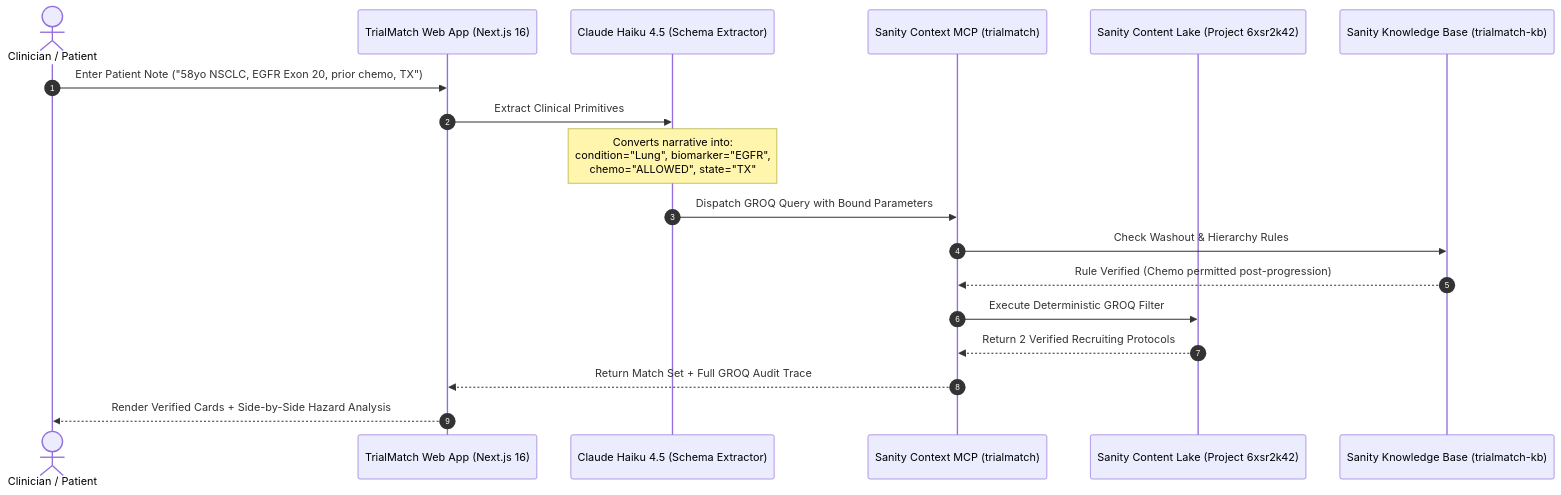
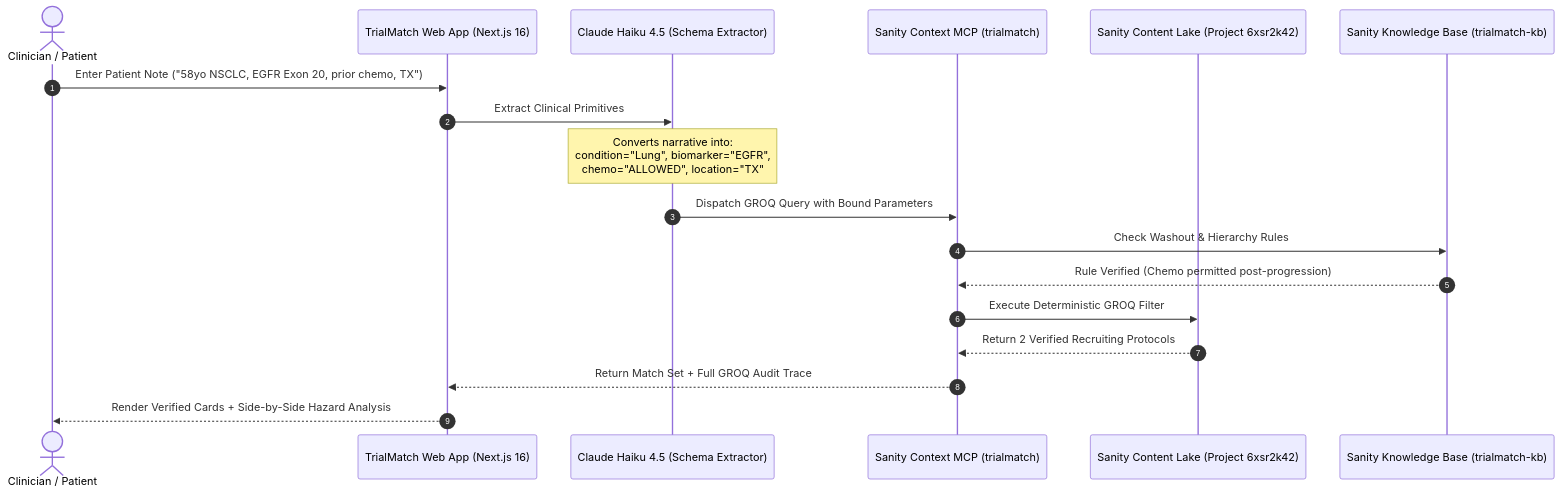
The diagram in README.md (IshekKhal/trialmatch), drawn with Mermaid before and after one commit. The commit also changed other lines of this file, not shown here.

````diff
--- a/README.md
+++ b/README.md
@@ -72,21 +76,21 @@
 ```mermaid
 sequenceDiagram
     autonumber
     actor Clinician as Clinician / Patient
     participant UI as TrialMatch Web App (Next.js 16)
     participant Agent as Claude Haiku 4.5 (Schema Extractor)
     participant MCP as Sanity Context MCP (trialmatch)
     participant Lake as Sanity Content Lake (Project 6xsr2k42)
     participant KB as Sanity Knowledge Base (trialmatch-kb)
 
     Clinician->>UI: Enter Patient Note ("58yo NSCLC, EGFR Exon 20, prior chemo, TX")
     UI->>Agent: Extract Clinical Primitives
-    Note over Agent: Converts narrative into:<br/>condition="Lung", biomarker="EGFR",<br/>chemo="ALLOWED", state="TX"
+    Note over Agent: Converts narrative into:<br/>condition="Lung", biomarker="EGFR",<br/>chemo="ALLOWED", location="TX"
     Agent->>MCP: Dispatch GROQ Query with Bound Parameters
     MCP->>KB: Check Washout & Hierarchy Rules
     KB-->>MCP: Rule Verified (Chemo permitted post-progression)
     MCP->>Lake: Execute Deterministic GROQ Filter
     Lake-->>MCP: Return 2 Verified Recruiting Protocols
     MCP-->>UI: Return Match Set + Full GROQ Audit Trace
     UI-->>Clinician: Render Verified Cards + Side-by-Side Hazard Analysis
 ```
````
